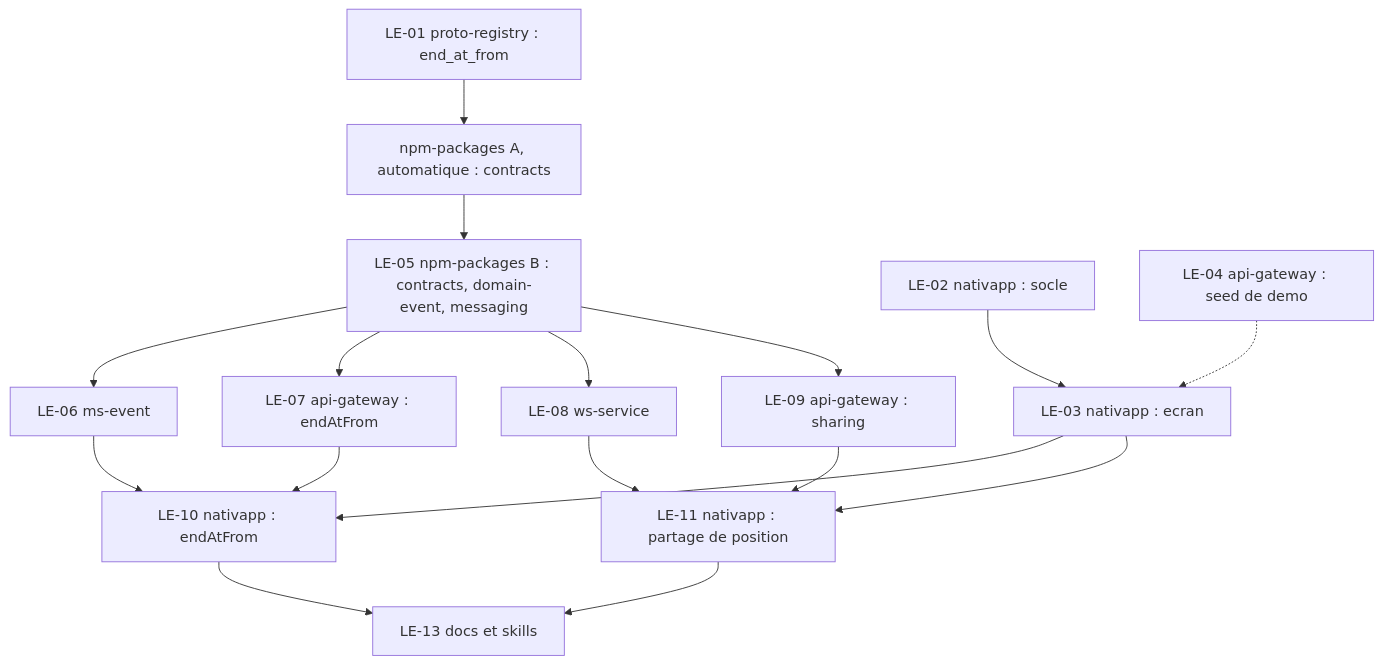
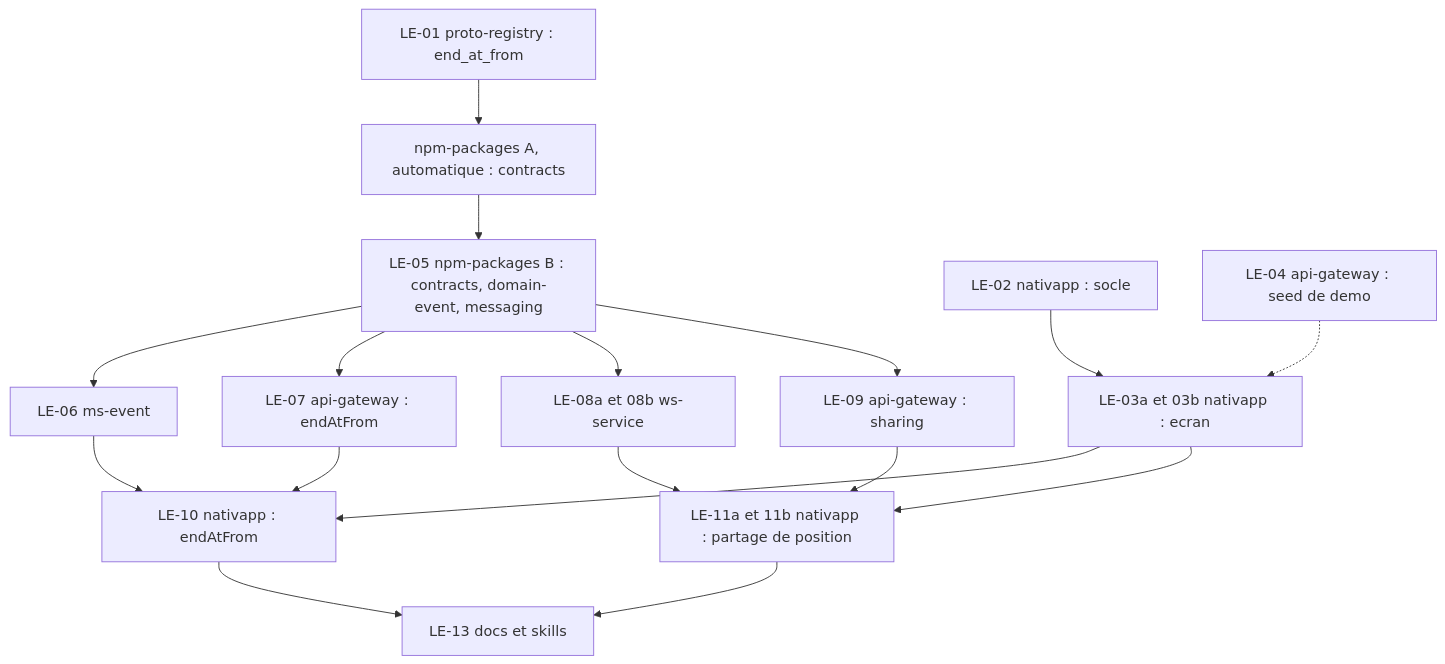
One commit to Volontariapp/docs changed the diagram in live-events/05-plan-de-pr-et-lots.md. Above: the diagram before and after it, drawn with Mermaid. The commit also changed other lines of this file and 6 other files, not shown here.

````diff
--- a/live-events/05-plan-de-pr-et-lots.md
+++ b/live-events/05-plan-de-pr-et-lots.md
@@ -19,19 +19,19 @@
 ```mermaid
 flowchart TD
   LE01[LE-01 proto-registry : end_at_from] --> NA[npm-packages A, automatique : contracts]
   NA --> LE05[LE-05 npm-packages B : contracts, domain-event, messaging]
   LE05 --> LE06[LE-06 ms-event]
   LE05 --> LE07[LE-07 api-gateway : endAtFrom]
-  LE05 --> LE08[LE-08 ws-service]
+  LE05 --> LE08[LE-08a et 08b ws-service]
   LE05 --> LE09[LE-09 api-gateway : sharing]
-  LE02[LE-02 nativapp : socle] --> LE03[LE-03 nativapp : ecran]
+  LE02[LE-02 nativapp : socle] --> LE03[LE-03a et 03b nativapp : ecran]
   LE04[LE-04 api-gateway : seed de demo] -.-> LE03
   LE03 --> LE10[LE-10 nativapp : endAtFrom]
   LE06 --> LE10
   LE07 --> LE10
-  LE03 --> LE11[LE-11 nativapp : partage de position]
+  LE03 --> LE11[LE-11a et 11b nativapp : partage de position]
   LE08 --> LE11
   LE09 --> LE11
   LE10 --> LE13[LE-13 docs et skills]
   LE11 --> LE13
 ```
````
